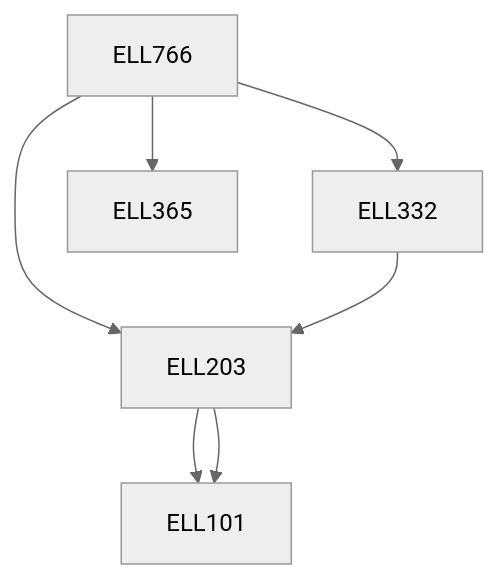
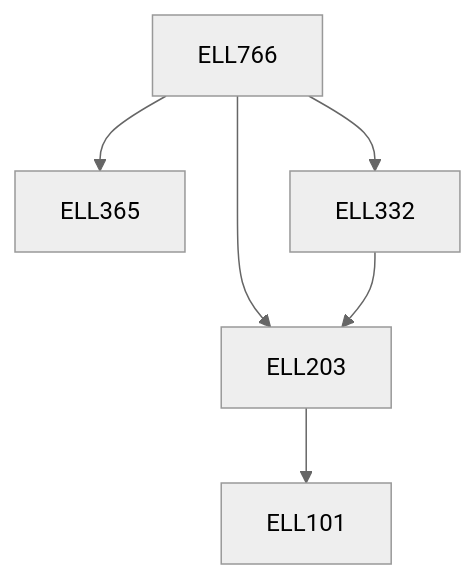
The diagram in content/Electrical Engineering/ELL766.md (KeshavBansal0122/CoS_Website), drawn with Mermaid (neutral theme) before and after one commit. The commit also changed other lines of this file and 2667 other files, not shown here.

````diff
--- a/content/Electrical Engineering/ELL766.md
+++ b/content/Electrical Engineering/ELL766.md
@@ -25,9 +23,12 @@
 ```mermaid
-graph TD
-ELL766 --> ELL203
-ELL203 --> ELL101
-ELL766 --> ELL332
-ELL332 --> ELL203
-ELL203 --> ELL101
-ELL766 --> ELL365
+flowchart TD
+ELL766-370[ELL766]
+ELL766-370 --> ELL365-370[ELL365]
+ELL766-370 --> ELL332-370[ELL332]
+ELL203-370 --> ELL101-370[ELL101]
+ELL766-370 --> ELL203-370[ELL203]
+ELL332-370 --> ELL203-370[ELL203]
+
+classDef empty height:17px, fill:transparent, stroke:transparent;
+classDef trueEmpty height:0px, width:0px;
 ```
````
